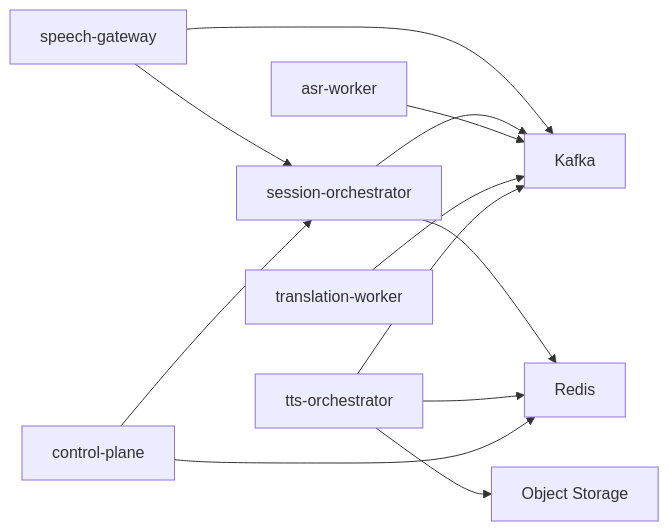
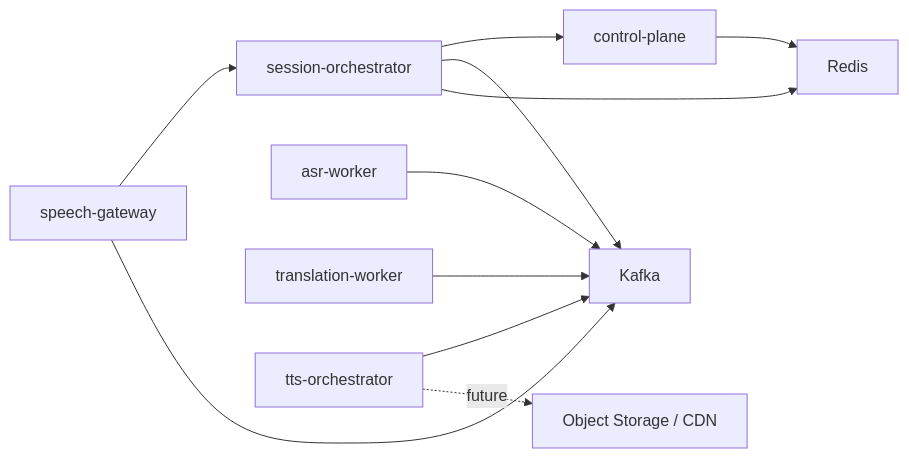
One commit to reSipWebRTC/kafka-as changed the diagram in docs/services.md. Above: the diagram before and after it, drawn with Mermaid. The commit also changed other lines of this file and 9 other files, not shown here.

````diff
--- a/docs/services.md
+++ b/docs/services.md
@@ -113,14 +173,13 @@
 ```mermaid
 flowchart LR
     G["speech-gateway"] --> O["session-orchestrator"]
+    O --> CP["control-plane"]
     G --> K["Kafka"]
     O --> K
     O --> R["Redis"]
+    CP --> R
     A["asr-worker"] --> K
     T["translation-worker"] --> K
     TS["tts-orchestrator"] --> K
-    TS --> R
-    TS --> OSS["Object Storage"]
-    CP["control-plane"] --> O
-    CP --> R
+    TS -. "future" .-> OSS["Object Storage / CDN"]
 ```
````
